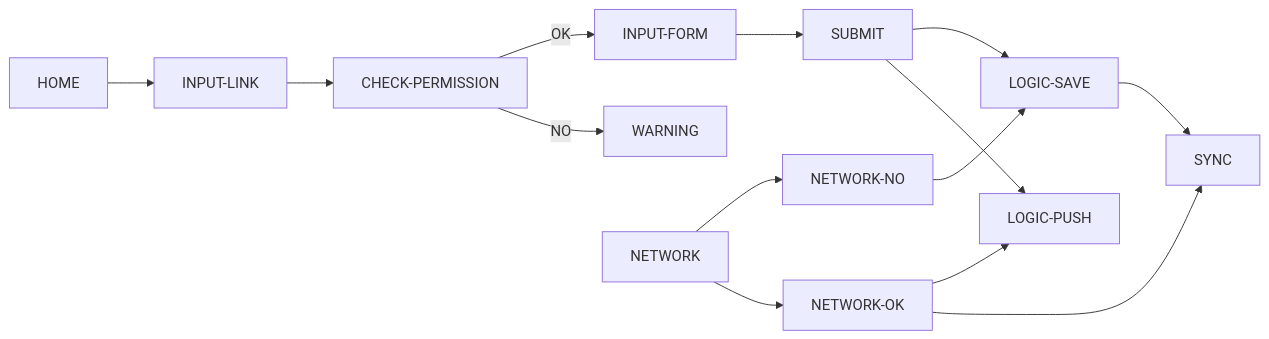
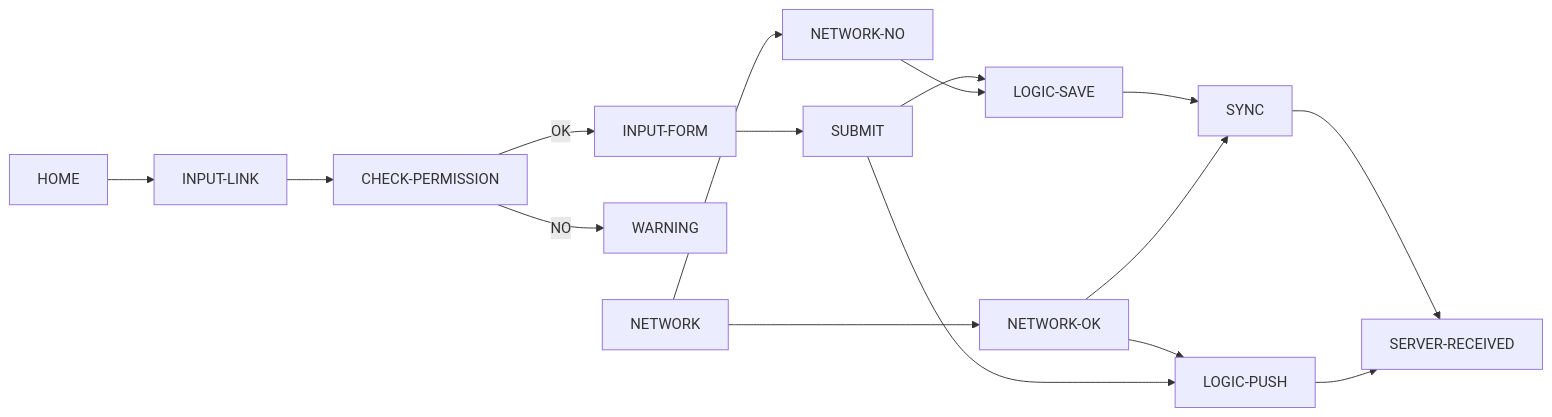
The diagram in docs/input-flow.md (trethanhphat/tre-thanh-phat-pwa-docs), drawn with Mermaid before and after one commit.

````diff
--- a/docs/input-flow.md
+++ b/docs/input-flow.md
@@ -1,25 +1,29 @@
 ```mermaid
 flowchart LR
 HOME --> INPUT-LINK --> CHECK-PERMISSION;
 
 CHECK-PERMISSION --> |OK| INPUT-FORM;
 
 CHECK-PERMISSION --> |NO| WARNING;
 
 INPUT-FORM --> SUBMIT;
 
 NETWORK --> NETWORK-NO;
 
 NETWORK --> NETWORK-OK;
 
 SUBMIT --> LOGIC-SAVE;
 
 NETWORK-NO --> LOGIC-SAVE;
 
 NETWORK-OK --> LOGIC-PUSH;
 SUBMIT --> LOGIC-PUSH;
 
 LOGIC-SAVE --> SYNC;
 NETWORK-OK --> SYNC;
 
+SYNC --> SERVER-RECEIVED
+
+LOGIC-PUSH --> SERVER-RECEIVED
+
 ```
````
